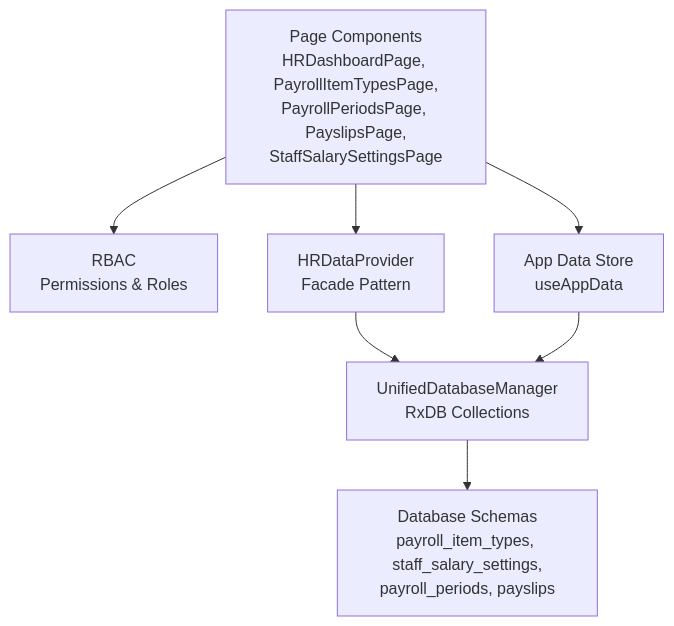
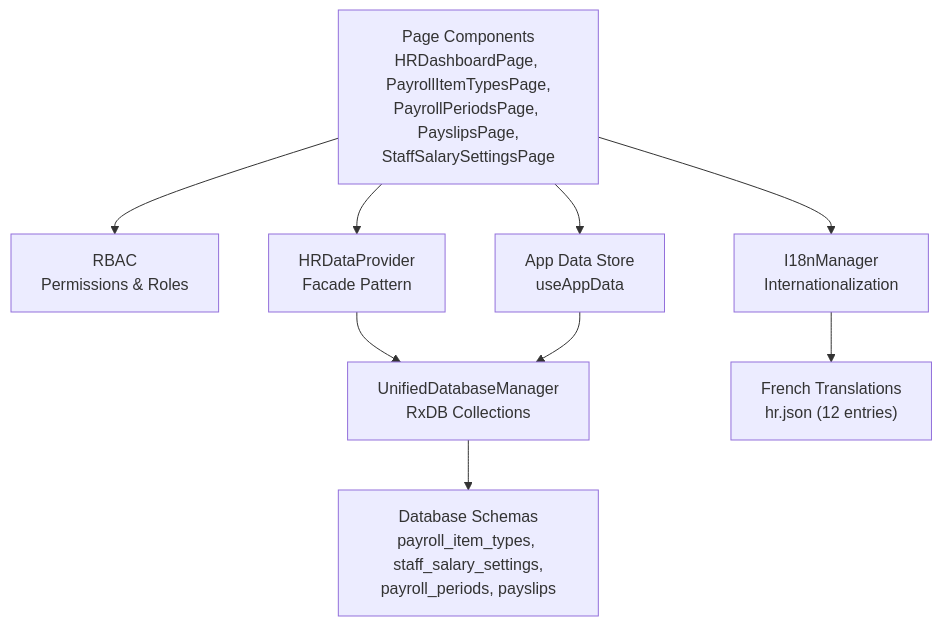
Before and after one commit to geniusdynamics/schoolpilot: the second of 12 diagrams in .qoder/repowiki/en/content/Modules System/HR Module.md, drawn with Mermaid. The commit also changed other lines of this file and 16 other files, not shown here.

````diff
--- a/.qoder/repowiki/en/content/Modules System/HR Module.md
+++ b/.qoder/repowiki/en/content/Modules System/HR Module.md
@@ -113,15 +126,19 @@
 ```mermaid
 graph TB
 UI["Page Components<br/>HRDashboardPage, PayrollItemTypesPage,<br/>PayrollPeriodsPage, PayslipsPage,<br/>StaffSalarySettingsPage"]
 RBAC["RBAC<br/>Permissions & Roles"]
 FACADE["HRDataProvider<br/>Facade Pattern"]
 DB["UnifiedDatabaseManager<br/>RxDB Collections"]
 SCHEMA["Database Schemas<br/>payroll_item_types, staff_salary_settings,<br/>payroll_periods, payslips"]
 STORE["App Data Store<br/>useAppData"]
+I18N["I18nManager<br/>Internationalization"]
+FRENCH["French Translations<br/>hr.json (12 entries)"]
 UI --> RBAC
 UI --> FACADE
+UI --> I18N
+I18N --> FRENCH
 FACADE --> DB
 DB --> SCHEMA
 UI --> STORE
 STORE --> DB
 ```
````
